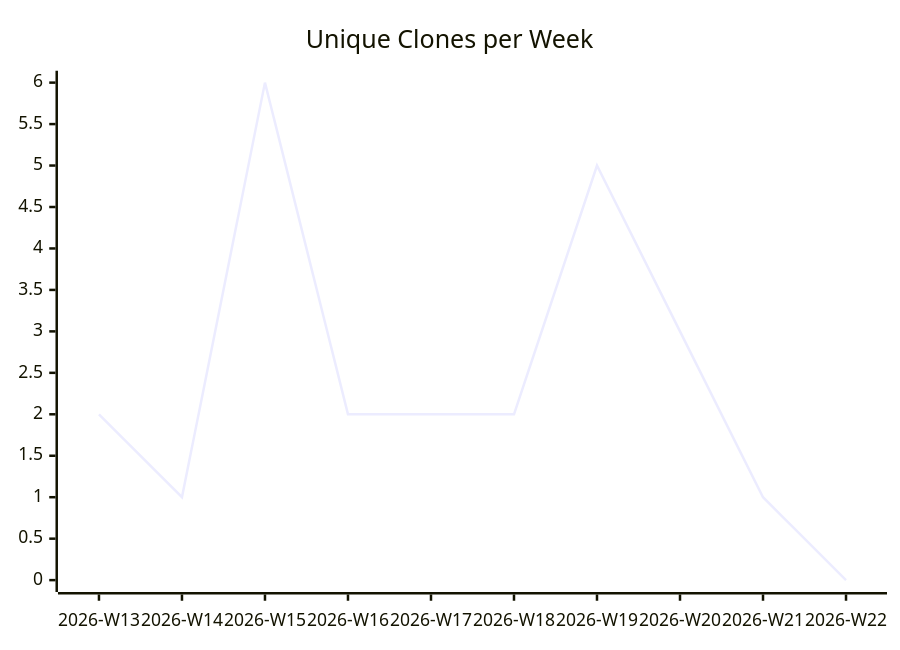
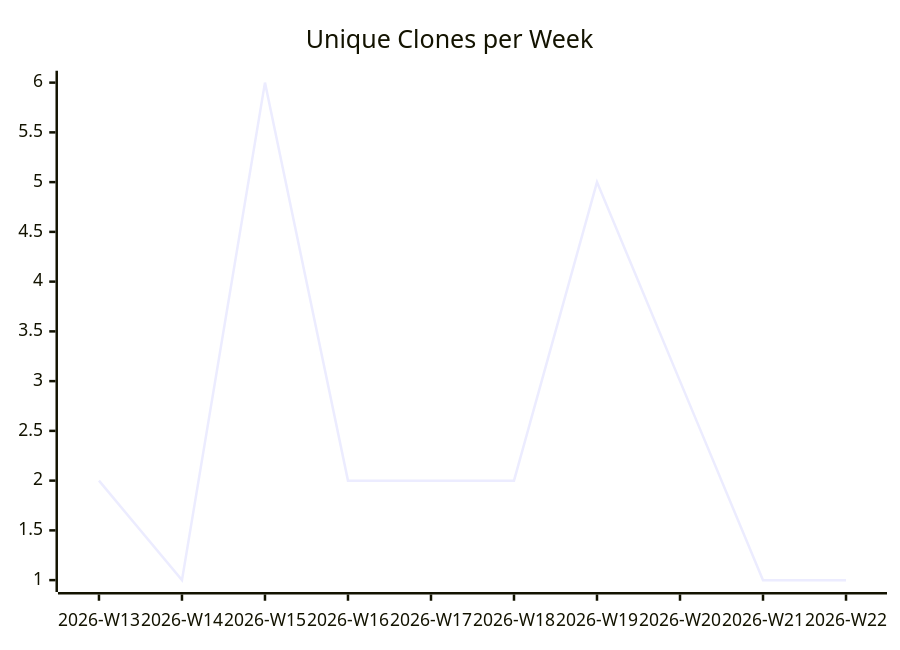
One commit to justdavis-family/github-analytics-data changed the third of 3 diagrams in karlmdavis/m2e-core/README.md. Above: the diagram before and after it, drawn with Mermaid. The commit also changed other lines of this file and 189 other files, not shown here.

````diff
--- a/karlmdavis/m2e-core/README.md
+++ b/karlmdavis/m2e-core/README.md
@@ -19,6 +19,6 @@
 ```mermaid
 xychart-beta
   title "Unique Clones per Week"
   x-axis ["2026-W13", "2026-W14", "2026-W15", "2026-W16", "2026-W17", "2026-W18", "2026-W19", "2026-W20", "2026-W21", "2026-W22"]
-  line [2, 1, 6, 2, 2, 2, 5, 3, 1, 0]
+  line [2, 1, 6, 2, 2, 2, 5, 3, 1, 1]
 ```
````
